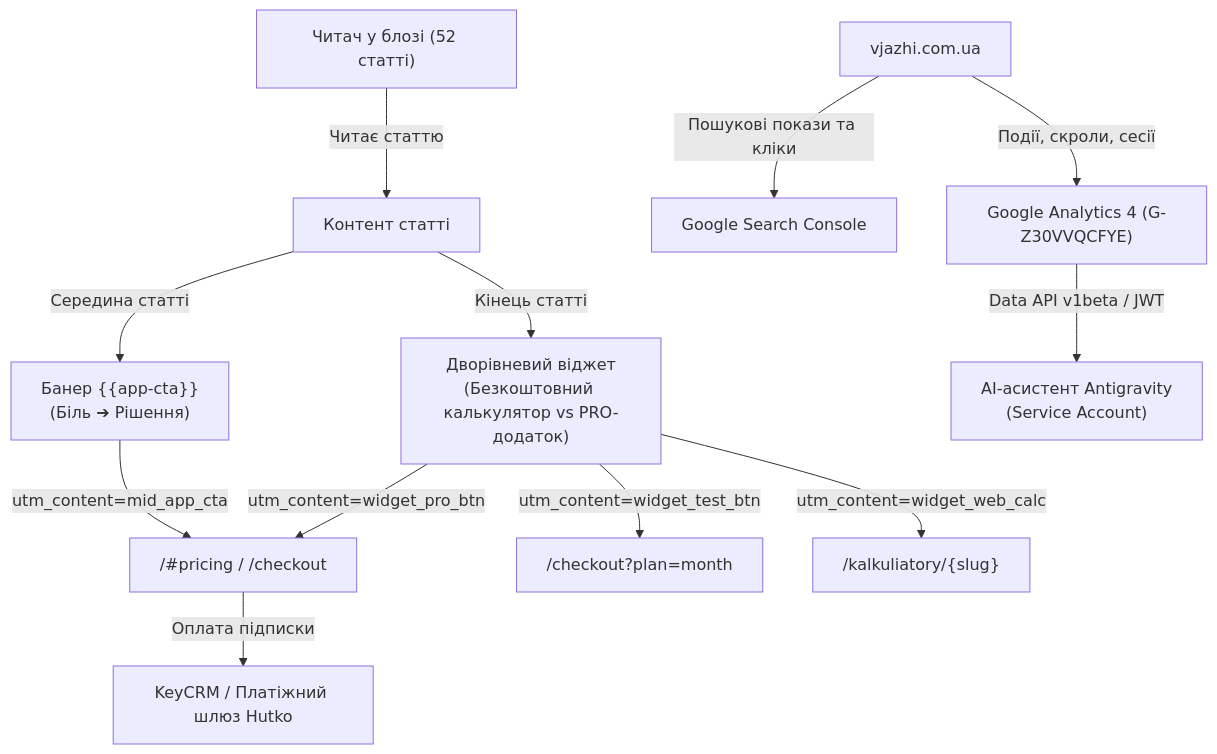
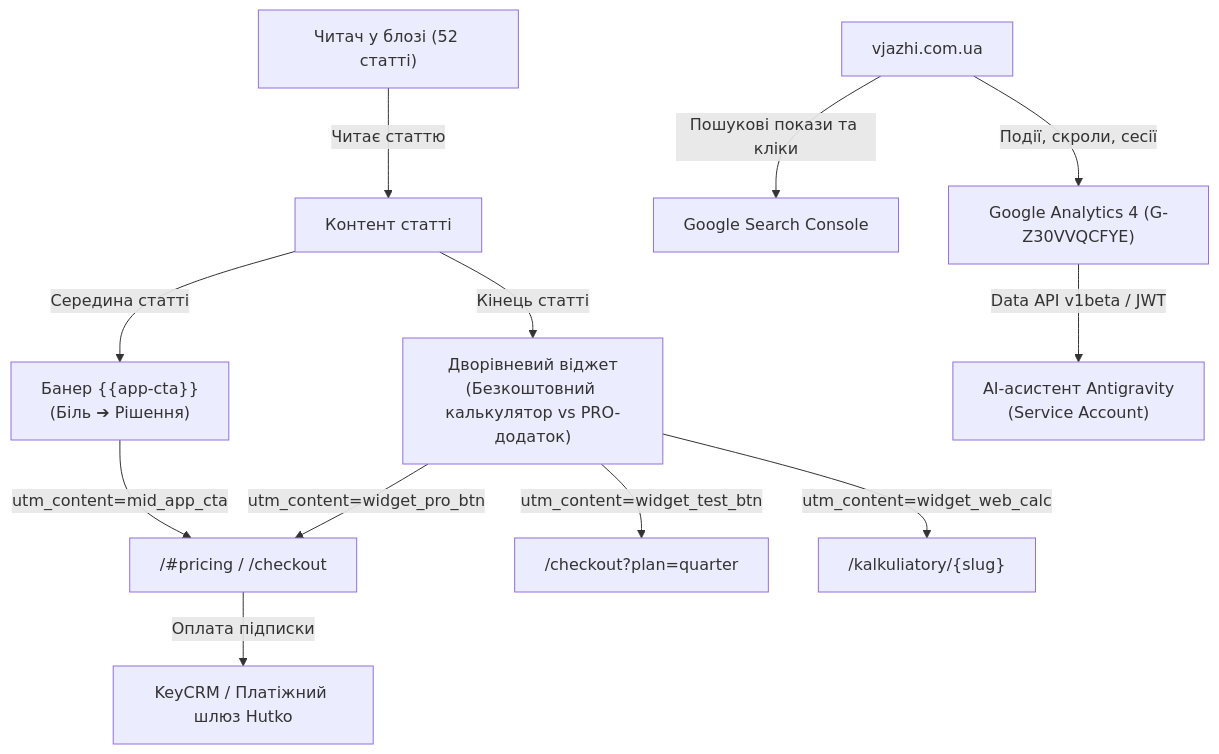
Before and after one commit to Craftappmobile/v0-landing-page-concept-c3: the diagram in docs/analytics-setup-and-tracking-guide.md, drawn with Mermaid. The commit also changed other lines of this file and 25 other files, not shown here.

````diff
--- a/docs/analytics-setup-and-tracking-guide.md
+++ b/docs/analytics-setup-and-tracking-guide.md
@@ -15,19 +15,19 @@
 ```mermaid
 flowchart TD
     User["Читач у блозі (52 статті)"] -->|Читає статтю| BlogContent["Контент статті"]
     
     BlogContent -->|Середина статті| MidCTA["Банер {{app-cta}}<br>(Біль ➔ Рішення)"]
     BlogContent -->|Кінець статті| WidgetHub["Дворівневий віджет<br>(Безкоштовний калькулятор vs PRO-додаток)"]
     
     MidCTA -->|utm_content=mid_app_cta| Pricing["/#pricing / /checkout"]
     WidgetHub -->|utm_content=widget_pro_btn| Pricing
-    WidgetHub -->|utm_content=widget_test_btn| Checkout["/checkout?plan=month"]
+    WidgetHub -->|utm_content=widget_test_btn| Checkout["/checkout?plan=quarter"]
     WidgetHub -->|utm_content=widget_web_calc| WebCalc["/kalkuliatory/{slug}"]
     
     Pricing -->|Оплата підписки| KeyCRM["KeyCRM / Платіжний шлюз Hutko"]
     
     Site["vjazhi.com.ua"] -->|Пошукові покази та кліки| GSC["Google Search Console"]
     Site -->|Події, скроли, сесії| GA4["Google Analytics 4 (G-Z30VVQCFYE)"]
     
     GA4 -->|Data API v1beta / JWT| AIAssistant["AI-асистент Antigravity<br>(Service Account)"]
 ```
````
